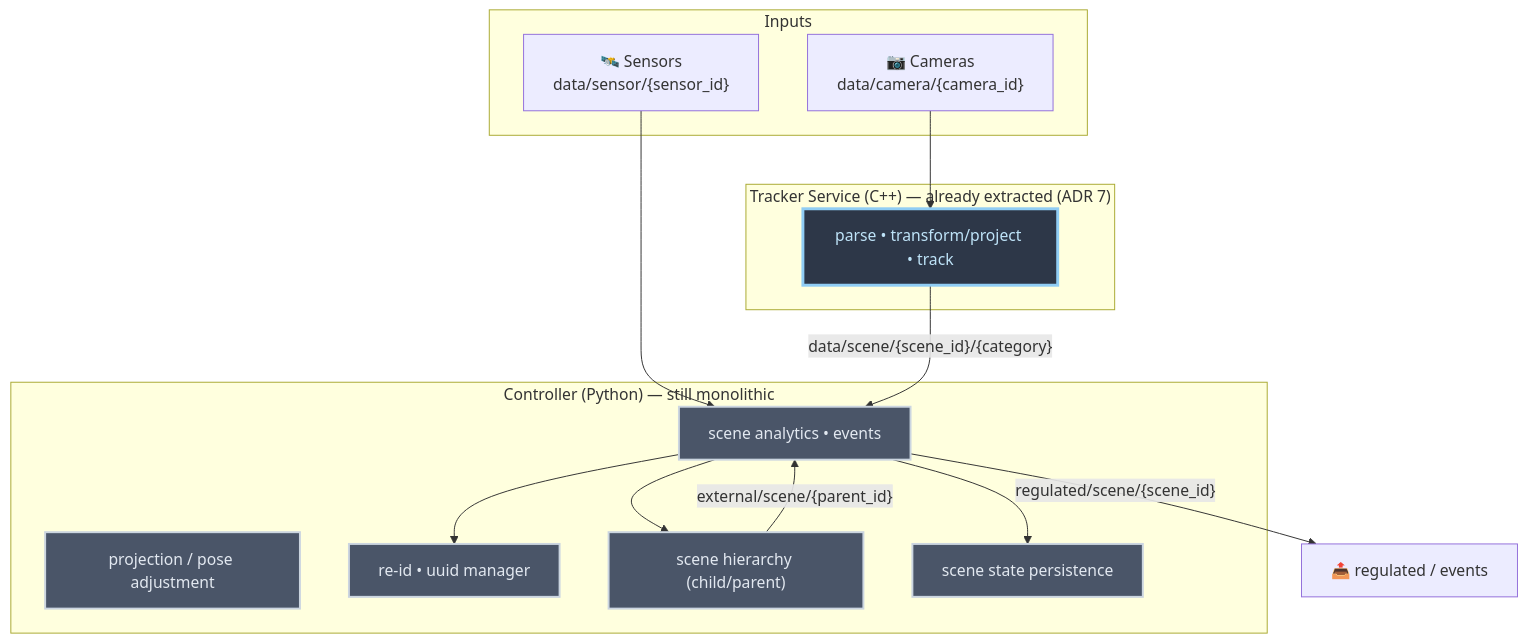
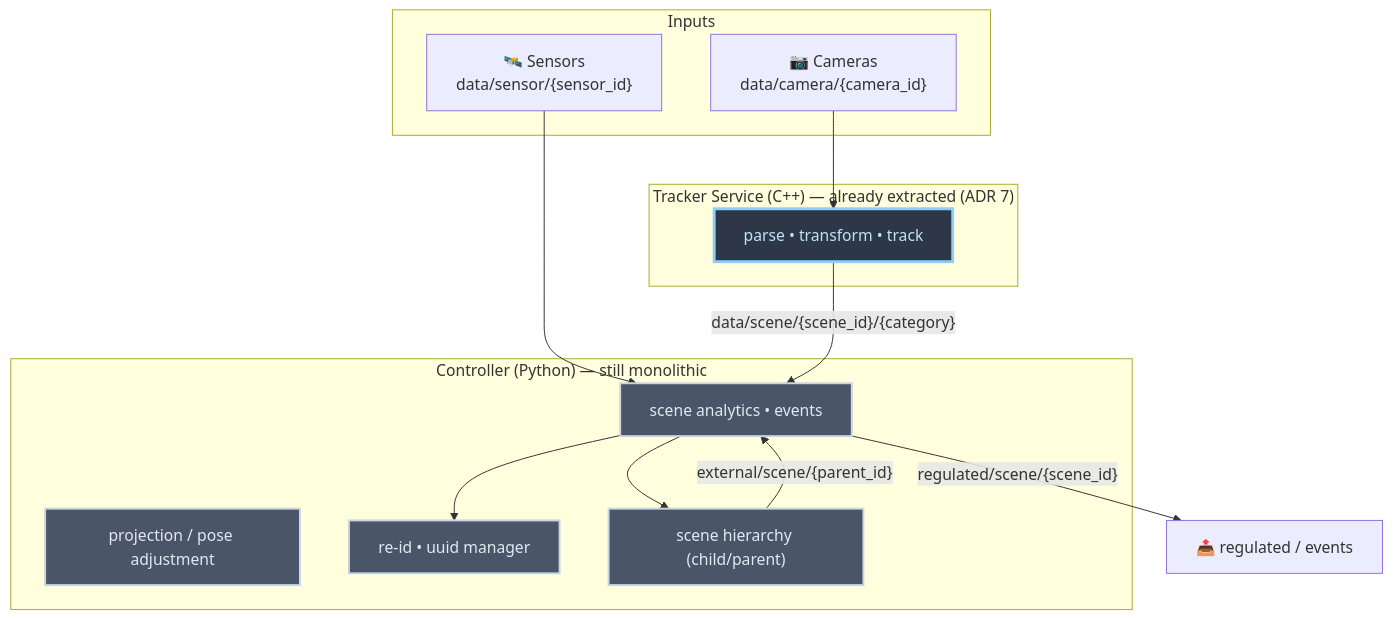
The first of 2 diagrams in docs/adr/0013-controller-breakdown-microservices.md (open-edge-platform/scenescape), drawn with Mermaid before and after one commit. The commit also changed other lines of this file, not shown here.

````diff
--- a/docs/adr/0013-controller-breakdown-microservices.md
+++ b/docs/adr/0013-controller-breakdown-microservices.md
@@ -113,35 +113,32 @@
 ```mermaid
 flowchart TD
   subgraph Inputs
     CAM["📷 Cameras<br/>data/camera/{camera_id}"]
     SEN["🛰️ Sensors<br/>data/sensor/{sensor_id}"]
   end
 
   subgraph Tracker["Tracker Service (C++) — already extracted (ADR 7)"]
-    TRK["parse • transform/project • track"]
+    TRK["parse • transform • track"]
   end
 
   subgraph Controller["Controller (Python) — still monolithic"]
     PROJ["projection / pose adjustment"]
     AN["scene analytics • events"]
     REID["re-id • uuid manager"]
     HIER["scene hierarchy (child/parent)"]
-    PERS["scene state persistence"]
   end
 
   CAM --> TRK
   SEN --> AN
   TRK -->|"data/scene/{scene_id}/{category}"| AN
   AN --> REID
   AN --> HIER
-  AN --> PERS
   AN -->|"regulated/scene/{scene_id}"| REG["📤 regulated / events"]
   HIER -->|"external/scene/{parent_id}"| AN
 
   style TRK fill:#2d3748,stroke:#90cdf4,stroke-width:3px,color:#bee3f8
   style PROJ fill:#4a5568,stroke:#cbd5e0,stroke-width:2px,color:#e2e8f0
   style AN fill:#4a5568,stroke:#cbd5e0,stroke-width:2px,color:#e2e8f0
   style REID fill:#4a5568,stroke:#cbd5e0,stroke-width:2px,color:#e2e8f0
   style HIER fill:#4a5568,stroke:#cbd5e0,stroke-width:2px,color:#e2e8f0
-  style PERS fill:#4a5568,stroke:#cbd5e0,stroke-width:2px,color:#e2e8f0
 ```
````
